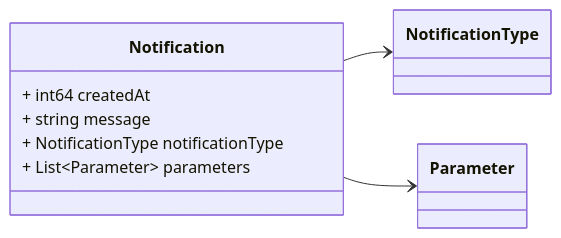
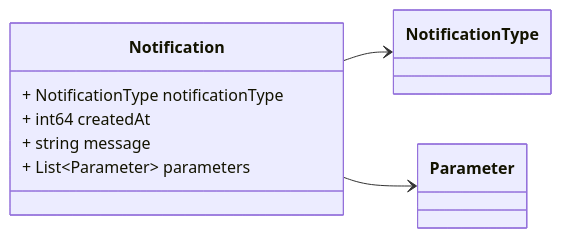
The fifth of 5 diagrams in docs/task.proto.md (zaphiro-technologies/protobuf), drawn with Mermaid before and after one commit. The commit also changed other lines of this file and 12 other files, not shown here.

First line of the commit message:
Replace custom proto-gen-md-diagrams with official one (#50)

````diff
--- a/docs/task.proto.md
+++ b/docs/task.proto.md
@@ -134,23 +134,23 @@
 ```mermaid
 classDiagram
 direction LR
 
 %% A notification message.
 %% Headers used in rabbitMQ:
 %% * `id` (string): id of the `Notification`
 %% * `type` (string): always `Notification`
 %% * `producerId` (string): the id of the producer (e.g. a PMU) linked to the notification.
 %% * `timestampId` (int64): related measurement Unix msec timestamp (if any)
 %% * `notificationType` (int8): The textual representation of the notification type.
 %% 
 
 class Notification {
+  + NotificationType notificationType
   + int64 createdAt
   + string message
-  + NotificationType notificationType
   + List~Parameter~ parameters
 }
 Notification --> `NotificationType`
 Notification --> `Parameter`
 
 ```
````
